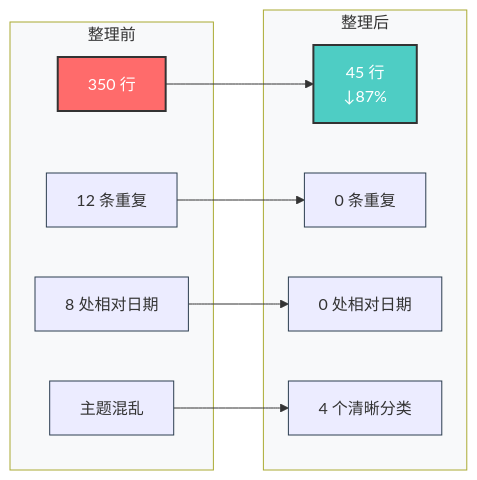
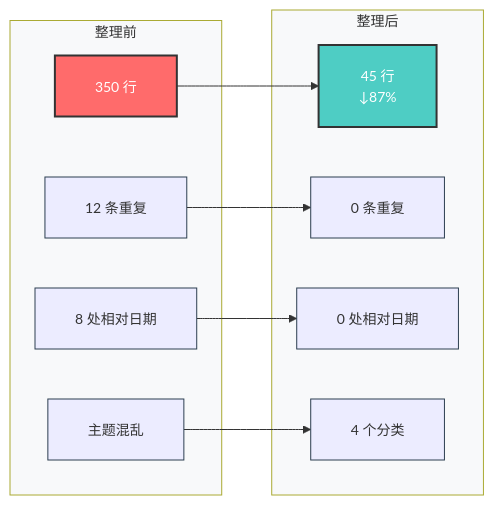
Before and after one commit to yufengyuanx/blog: the fifth of 11 diagrams in docs/research/claude-code-auto-dream.md, drawn with Mermaid. The commit also changed other lines of this file, not shown here.

Commit message:
fix: 优化所有 Mermaid 图表文字显示（减小字体 + 简化文字 + 自动换行）

````diff
--- a/docs/research/claude-code-auto-dream.md
+++ b/docs/research/claude-code-auto-dream.md
@@ -226,25 +226,25 @@
 ```mermaid
-%%{init: {'theme': 'default', 'themeVariables': { 'fontSize': '16px', 'nodeBorder': '#2c3e50', 'clusterBkg': '#f8f9fa' }}}%%
+%%{init: {'theme': 'default', 'themeVariables': { 'fontSize': '14px', 'nodeBorder': '#2c3e50', 'clusterBkg': '#f8f9fa', 'nodeTextMargin': 4 }, 'flowchart': { 'curve': 'basis', 'padding': 20 }}}%%
 graph LR
     subgraph 整理前
         A1[350 行]
         A2[12 条重复]
         A3[8 处相对日期]
         A4[主题混乱]
     end
     
     subgraph 整理后
         B1[45 行\n↓87%]
         B2[0 条重复]
         B3[0 处相对日期]
-        B4[4 个清晰分类]
+        B4[4 个分类]
     end
     
     A1 --> B1
     A2 --> B2
     A3 --> B3
     A4 --> B4
     
     style A1 fill:#ff6b6b,color:#fff,stroke:#333,stroke-width:2px
     style B1 fill:#4ecdc4,color:#fff,stroke:#333,stroke-width:2px
 ```
````
